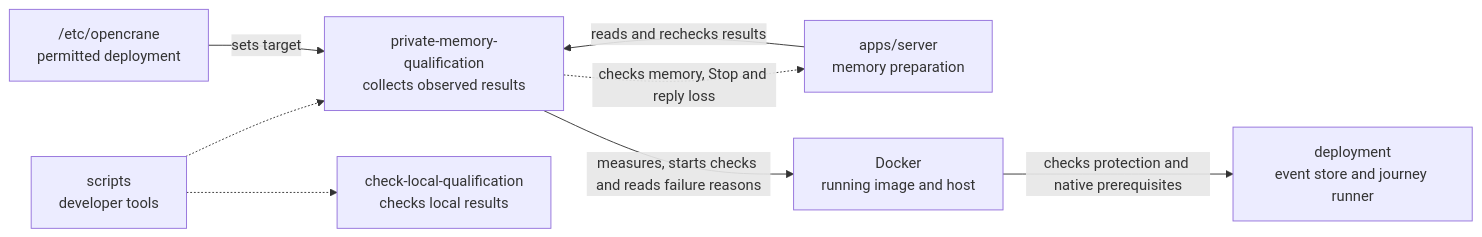
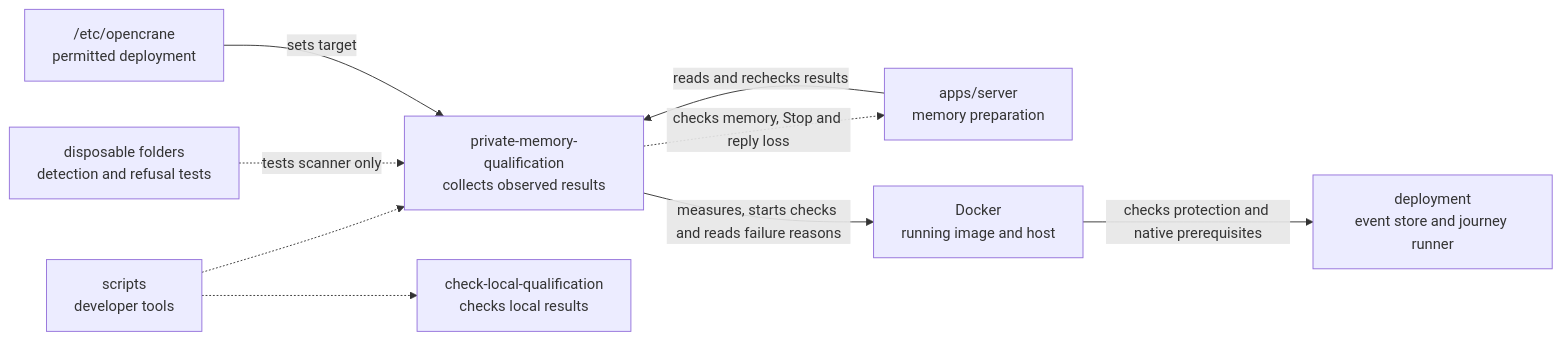
The diagram in scripts/private-memory-qualification/README.md (elewa-git/opencrane-new), drawn with Mermaid before and after one commit. The commit also changed other lines of this file and 5 other files, not shown here.

````diff
--- a/scripts/private-memory-qualification/README.md
+++ b/scripts/private-memory-qualification/README.md
@@ -18,10 +18,11 @@
 ```mermaid
 flowchart LR
   scripts["scripts<br/>developer tools"] -.-> collector["private-memory-qualification<br/>collects observed results"]
+  fixtures["disposable folders<br/>detection and refusal tests"] -.->|tests scanner only| collector
   scripts -.-> sibling["check-local-qualification<br/>checks local results"]
   server["apps/server<br/>memory preparation"] -->|reads and rechecks results| collector
   collector -.->|checks memory, Stop and reply loss| server
   config["/etc/opencrane<br/>permitted deployment"] -->|sets target| collector
   collector -->|measures, starts checks and reads failure reasons| docker["Docker<br/>running image and host"]
   docker -->|checks protection and native prerequisites| deployment["deployment<br/>event store and journey runner"]
 ```
````
